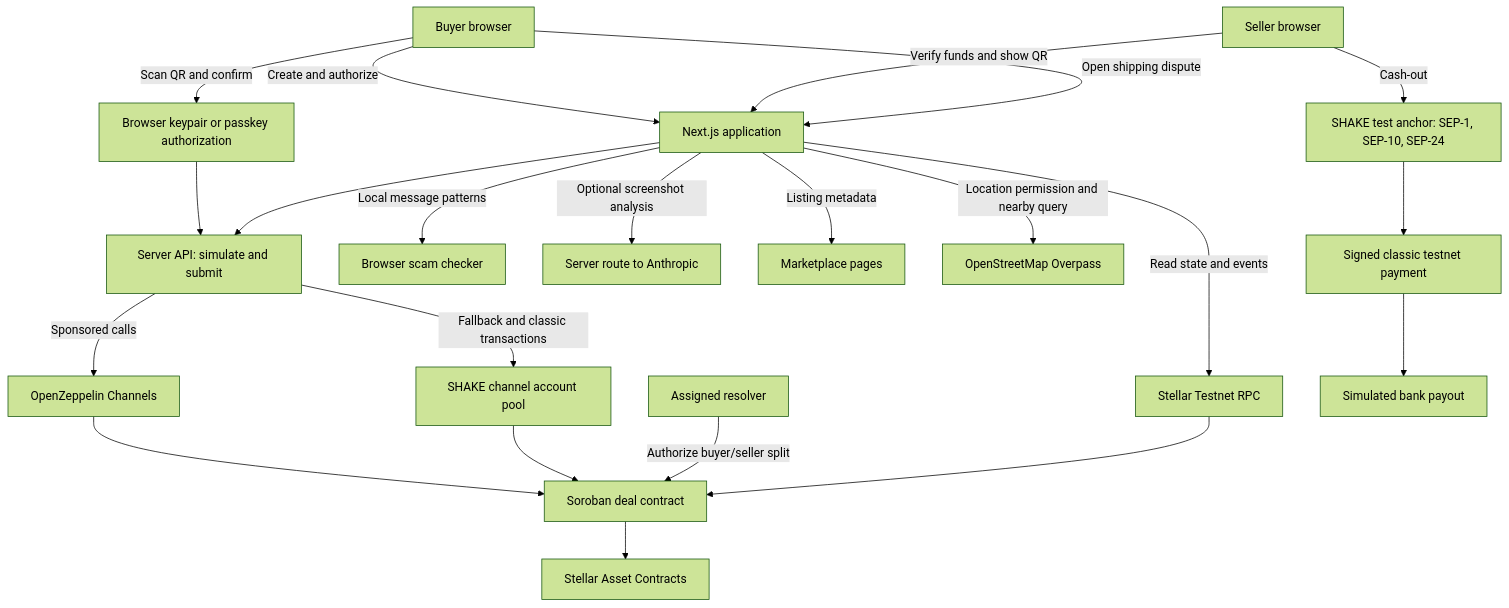
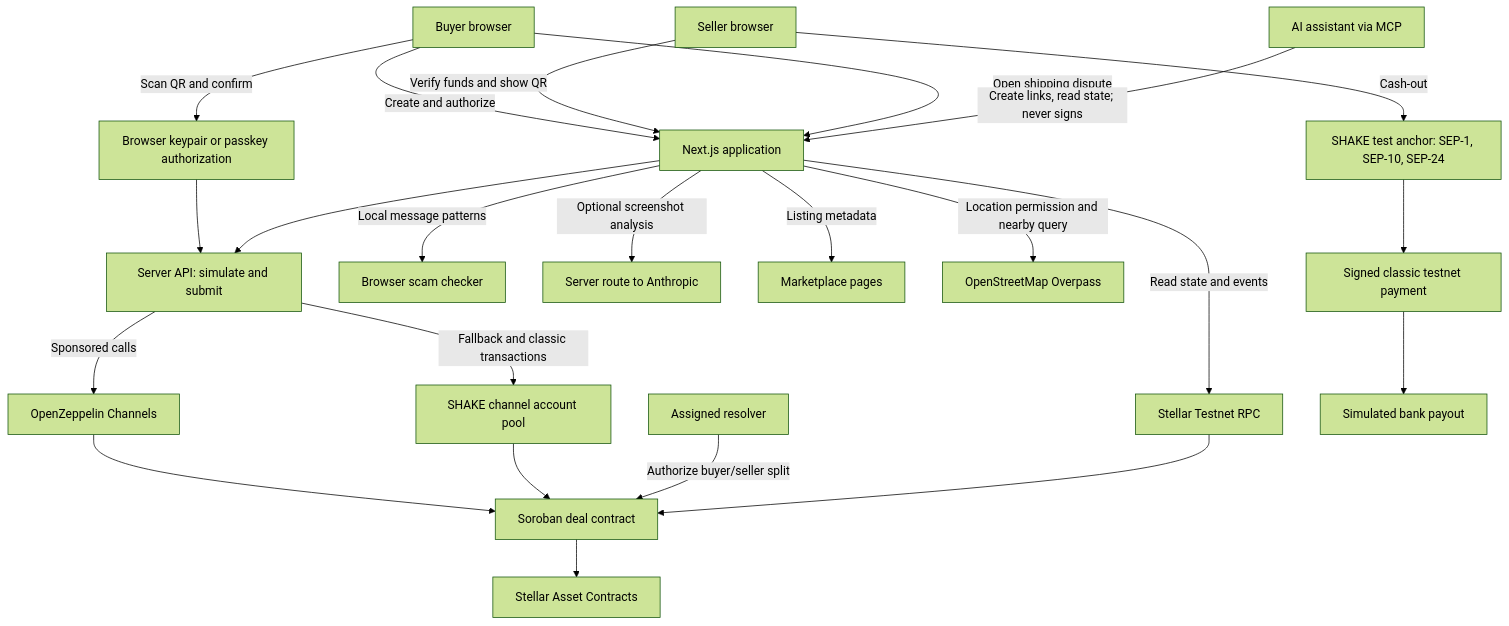
One commit to franciscogfsm/shake changed the first of 2 diagrams in README.md. Above: the diagram before and after it, drawn with Mermaid (forest theme). The commit also changed other lines of this file and 19 other files, not shown here.

````diff
--- a/README.md
+++ b/README.md
@@ -179,24 +205,25 @@
 ```mermaid
 flowchart TD
     Buyer[Buyer browser] -->|Create and authorize| App[Next.js application]
     Seller[Seller browser] -->|Verify funds and show QR| App
     Buyer -->|Scan QR and confirm| Auth[Browser keypair or passkey authorization]
     Auth --> API[Server API: simulate and submit]
     App --> API
     API -->|Sponsored calls| Channels[OpenZeppelin Channels]
     API -->|Fallback and classic transactions| Pool[SHAKE channel account pool]
     Channels --> Contract[Soroban deal contract]
     Pool --> Contract
     Contract --> Assets[Stellar Asset Contracts]
     Buyer -->|Open shipping dispute| App
     Resolver[Assigned resolver] -->|Authorize buyer/seller split| Contract
     App -->|Read state and events| RPC[Stellar Testnet RPC]
     RPC --> Contract
     App -->|Local message patterns| Check[Browser scam checker]
     App -->|Optional screenshot analysis| Vision[Server route to Anthropic]
     App -->|Listing metadata| Listings[Marketplace pages]
     App -->|Location permission and nearby query| Maps[OpenStreetMap Overpass]
+    Agent[AI assistant via MCP] -->|Create links, read state; never signs| App
     Seller -->|Cash-out| Anchor[SHAKE test anchor: SEP-1, SEP-10, SEP-24]
     Anchor --> Payment[Signed classic testnet payment]
     Payment --> Bank[Simulated bank payout]
 ```
````
